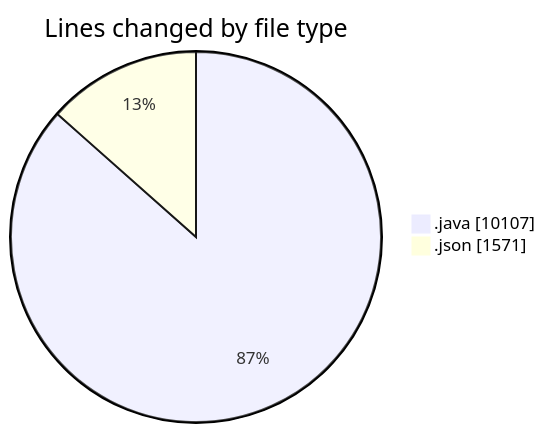
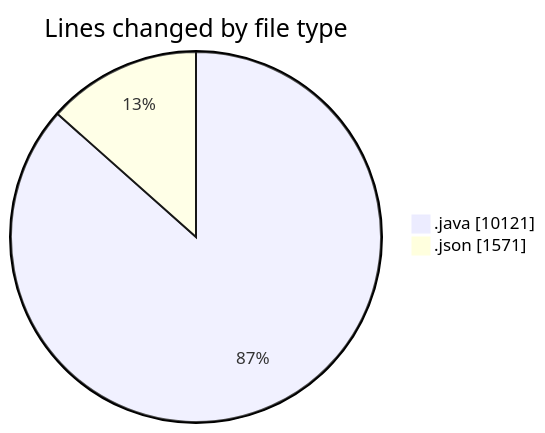
The first of 2 diagrams in 2026-09-03/cilapp/README.md (ricardozamudiocil/code-tracking), drawn with Mermaid before and after one commit. The commit also changed other lines of this file and 1 other file, not shown here.

````diff
--- a/2026-09-03/cilapp/README.md
+++ b/2026-09-03/cilapp/README.md
@@ -25,6 +25,6 @@
 ```mermaid
 pie showData
 title Lines changed by file type
-".java" : 10107
+".java" : 10121
 ".json" : 1571
 ```
````
